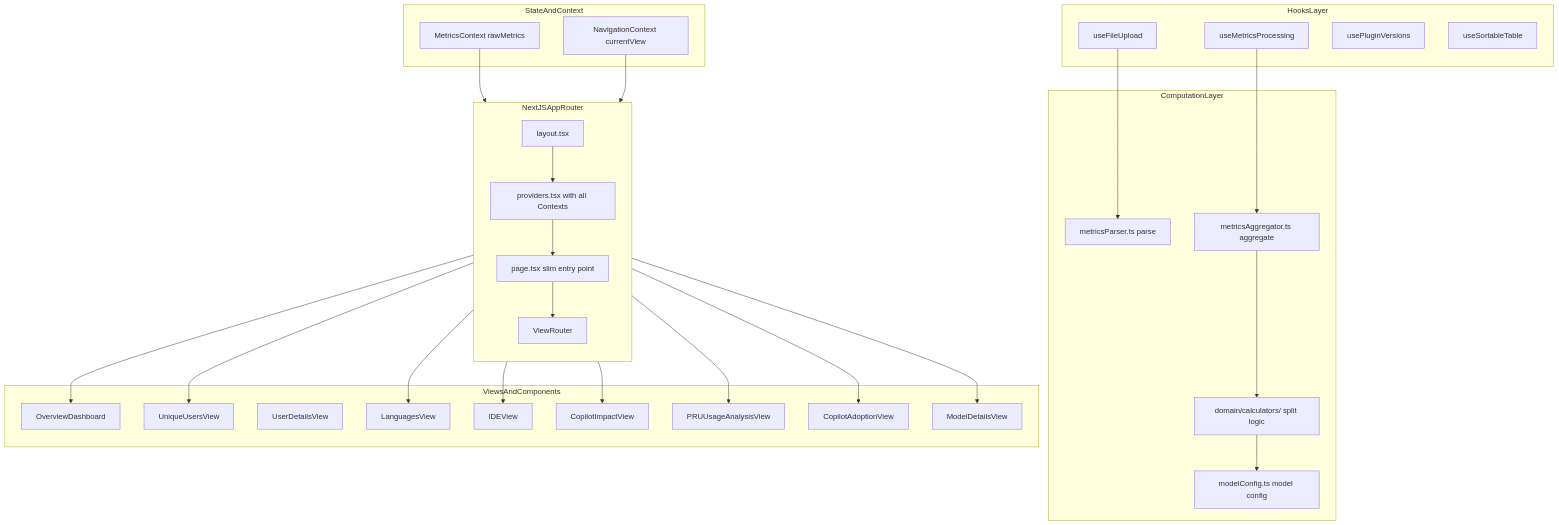
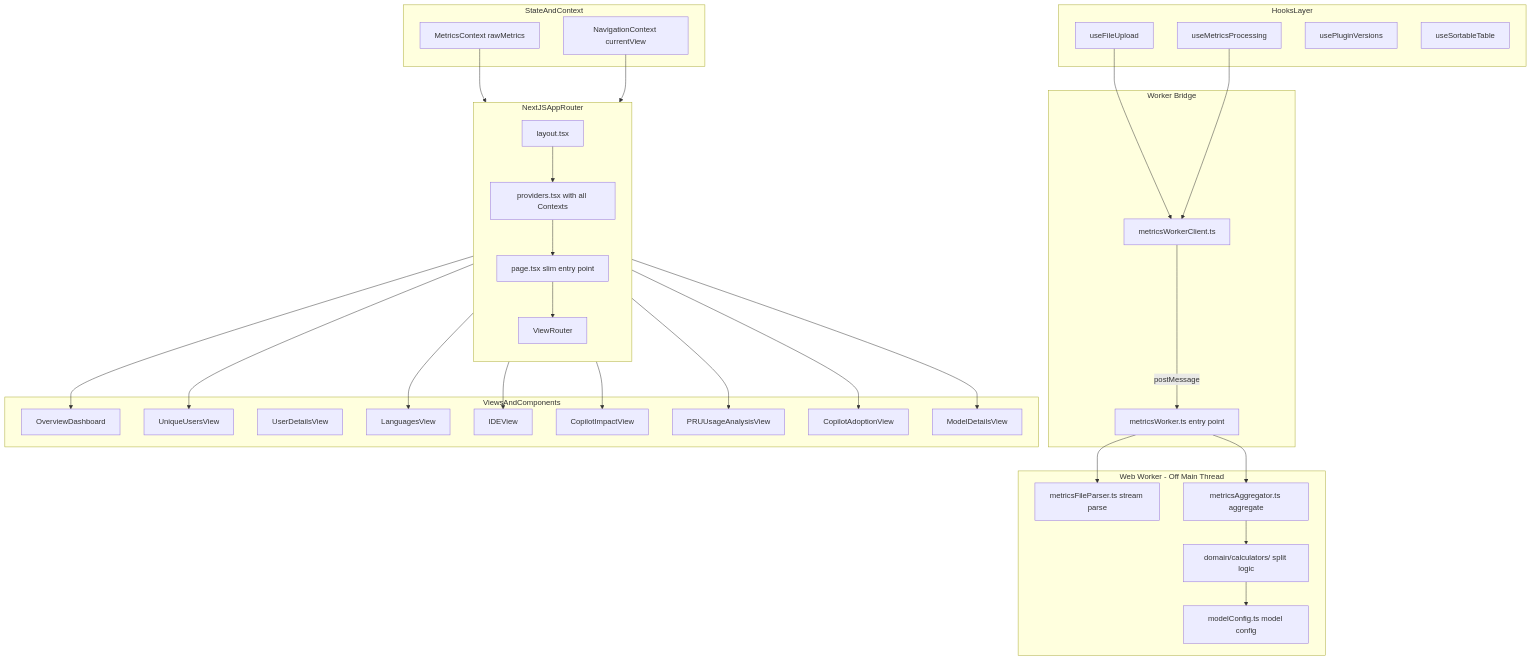
One commit to asizikov-demos/copilot-user-level-statistics-viewer changed the second of 2 diagrams in docs/project-overview.md. Above: the diagram before and after it, drawn with Mermaid. The commit also changed other lines of this file, not shown here.

First line of the commit message:
docs: update architecture docs for Web Worker processing

````diff
--- a/docs/project-overview.md
+++ b/docs/project-overview.md
@@ -395,57 +436,65 @@
 ```mermaid
 flowchart TB
 	subgraph NextJSAppRouter
 		direction TB
 		L[layout.tsx] --> P[providers.tsx with all Contexts]
 		P --> H[page.tsx slim entry point]
 		H --> VR[ViewRouter]
 	end
 
 	subgraph StateAndContext
 		MC[MetricsContext rawMetrics]
 		NC[NavigationContext currentView]
 	end
 
-	subgraph ComputationLayer
-		MP[metricsParser.ts parse]
+	subgraph WebWorker[Web Worker - Off Main Thread]
+		MFP[metricsFileParser.ts stream parse]
 		MA[metricsAggregator.ts aggregate]
 		CALC[domain/calculators/ split logic]
 		MConf[modelConfig.ts model config]
+	end
+
+	subgraph WorkerBridge[Worker Bridge]
+		WC[metricsWorkerClient.ts]
+		WT[metricsWorker.ts entry point]
 	end
 
 	subgraph HooksLayer
 		UFU[useFileUpload]
 		UMP[useMetricsProcessing]
 		UPV[usePluginVersions]
 		UST[useSortableTable]
 	end
 
 	subgraph ViewsAndComponents
 		OV[OverviewDashboard]
 		UV[UniqueUsersView]
 		UD[UserDetailsView]
 		LV[LanguagesView]
 		IV[IDEView]
 		CI[CopilotImpactView]
 		PR[PRUUsageAnalysisView]
 		CA[CopilotAdoptionView]
 		MD[ModelDetailsView]
 	end
 
 	VR --> OV
 	VR --> UV
 	VR --> LV
 	VR --> IV
 	VR --> CI
 	VR --> PR
 	VR --> CA
 	VR --> MD
 
-	UFU --> MP
-	UMP --> MA
+	UFU --> WC
+	UMP --> WC
+	WC -->|postMessage| WT
+	WT --> MFP
+	WT --> MA
 	MA --> CALC
 	CALC --> MConf
 
 	MC --> VR
 	NC --> VR
 ```
````
